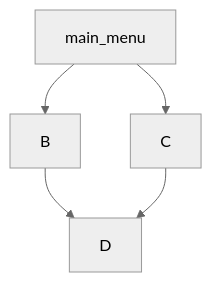
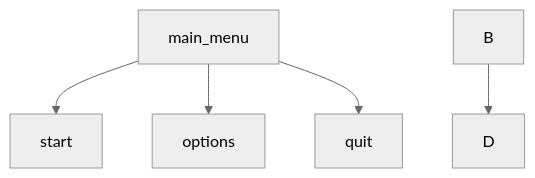
Before and after one commit to Hohenzoler/optyka: the diagram in README.md, drawn with Mermaid (neutral theme).

````diff
--- a/README.md
+++ b/README.md
@@ -63,7 +63,7 @@
 ```mermaid
 graph TD;
-    main_menu-->B;
-    main_menu-->C;
+    main_menu-->start;
+    main_menu-->options;
+    main_menu-->quit;
     B-->D;
-    C-->D;
 ```
````
